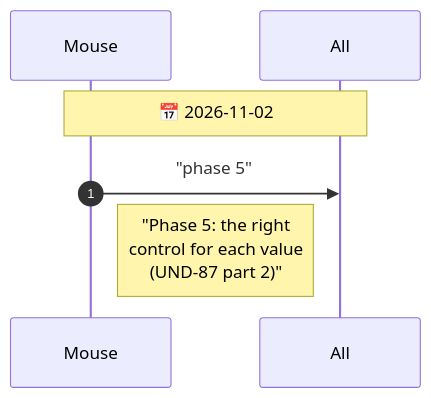
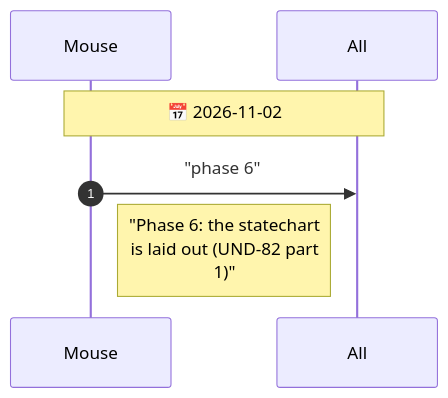
Diagram 14 of 14 in agents/CHAT.diagram.md (drusifer/understudy), drawn with Mermaid before and after one commit. The commit also changed other lines of this file and 7 other files, not shown here.

First line of the commit message:
Phase 5: the right control for each value (UND-87 part 2)

````diff
--- a/agents/CHAT.diagram.md
+++ b/agents/CHAT.diagram.md
@@ -619,10 +652,10 @@
 ```mermaid
 %%{init: {"sequence": {"messageFontSize": 14, "noteFontSize": 18, "actorFontSize": 14}}}%%
 sequenceDiagram
     autonumber
     participant Mouse
     participant All
     Note over Mouse,All: 📅 2026-11-02
-    Mouse->>All: "phase 5"
-    Note right of Mouse: "Phase 5: the right<br/>control for each value<br/>(UND-87 part 2)"
+    Mouse->>All: "phase 6"
+    Note right of Mouse: "Phase 6: the statechart<br/>is laid out (UND-82 part<br/>1)"
 ```
````
